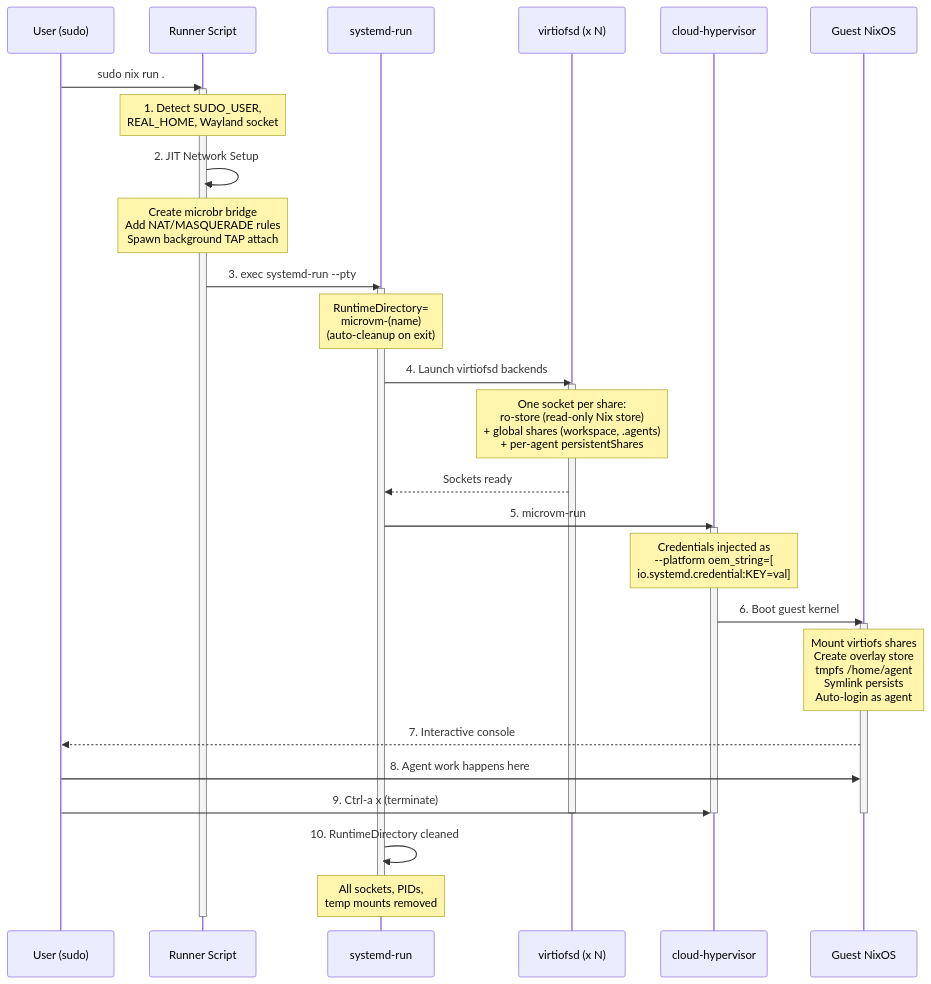
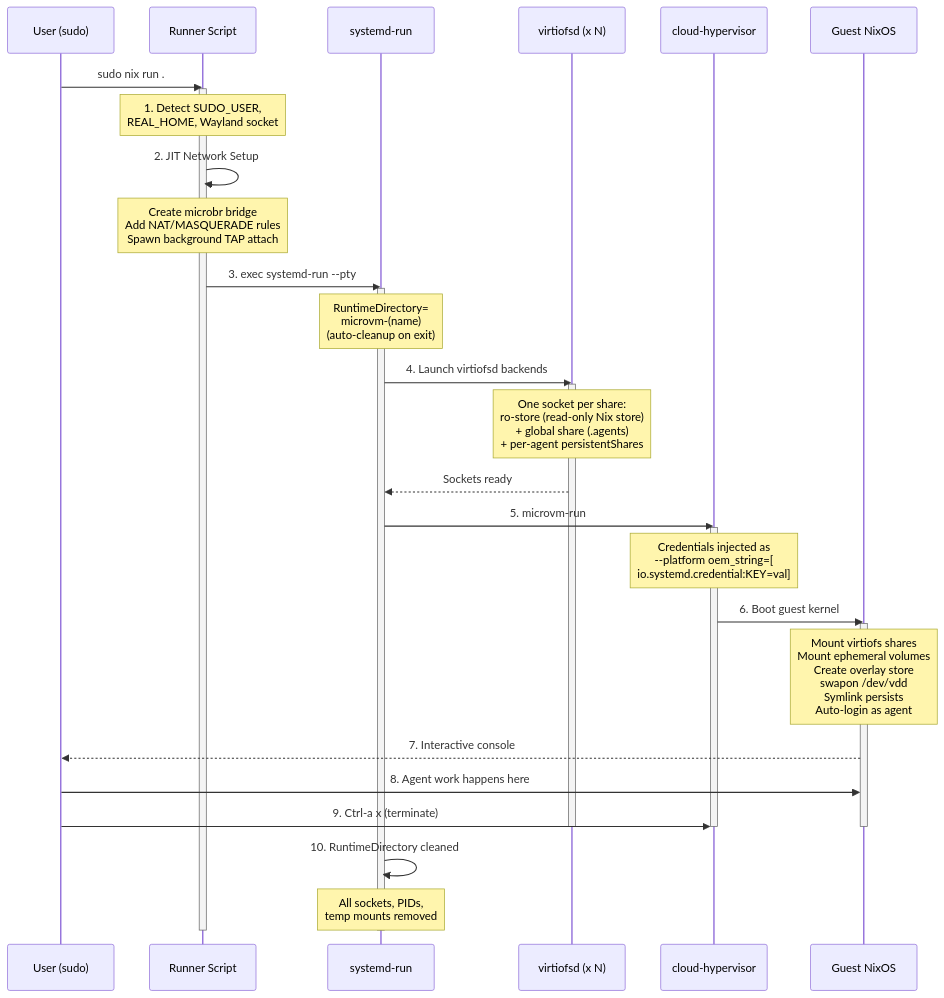
One commit to tenarches/nix-permafrost changed the fifth of 7 diagrams in README.md. Above: the diagram before and after it, drawn with Mermaid. The commit also changed other lines of this file and 3 other files, not shown here.

First line of the commit message:
docs: document guest storage architecture and new runners

````diff
--- a/README.md
+++ b/README.md
@@ -164,49 +164,49 @@
 ```mermaid
 sequenceDiagram
     participant U as User (sudo)
     participant R as Runner Script
     participant SD as systemd-run
     participant VFS as virtiofsd (x N)
     participant CHV as cloud-hypervisor
     participant G as Guest NixOS
 
     U->>R: sudo nix run .#claude
     activate R
 
     Note over R: 1. Detect SUDO_USER,<br/>REAL_HOME, Wayland socket
 
     R->>R: 2. JIT Network Setup
     Note over R: Create microbr bridge<br/>Add NAT/MASQUERADE rules<br/>Spawn background TAP attach
 
     R->>SD: 3. exec systemd-run --pty
     activate SD
     Note over SD: RuntimeDirectory=<br/>microvm-(name)<br/>(auto-cleanup on exit)
 
     SD->>VFS: 4. Launch virtiofsd backends
     activate VFS
-    Note over VFS: One socket per share:<br/>ro-store (read-only Nix store)<br/>+ global shares (workspace, .agents)<br/>+ per-agent persistentShares
+    Note over VFS: One socket per share:<br/>ro-store (read-only Nix store)<br/>+ global share (.agents)<br/>+ per-agent persistentShares
 
     VFS-->>SD: Sockets ready
 
     SD->>CHV: 5. microvm-run
     activate CHV
     Note over CHV: Credentials injected as<br/>--platform oem_string=[<br/>io.systemd.credential:KEY=val]
 
     CHV->>G: 6. Boot guest kernel
     activate G
-    Note over G: Mount virtiofs shares<br/>Create overlay store<br/>tmpfs /home/agent<br/>Symlink persists<br/>Auto-login as agent
+    Note over G: Mount virtiofs shares<br/>Mount ephemeral volumes<br/>Create overlay store<br/>swapon /dev/vdd<br/>Symlink persists<br/>Auto-login as agent
 
     G-->>U: 7. Interactive console
 
     U->>G: 8. Agent work happens here
 
     U->>CHV: 9. Ctrl-a x (terminate)
     deactivate G
     deactivate CHV
     deactivate VFS
 
     SD->>SD: 10. RuntimeDirectory cleaned
     Note over SD: All sockets, PIDs,<br/>temp mounts removed
     deactivate SD
     deactivate R
 ```
````
